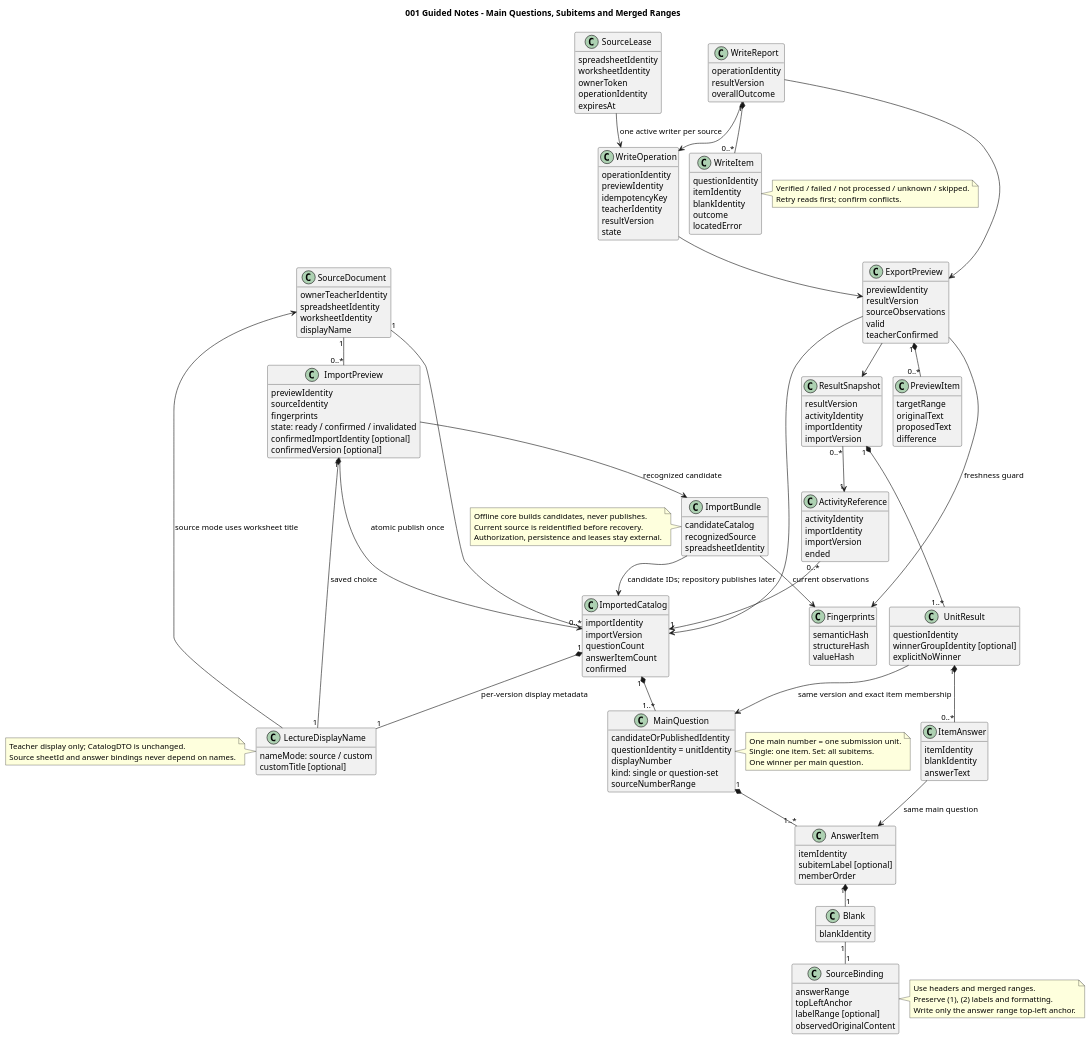
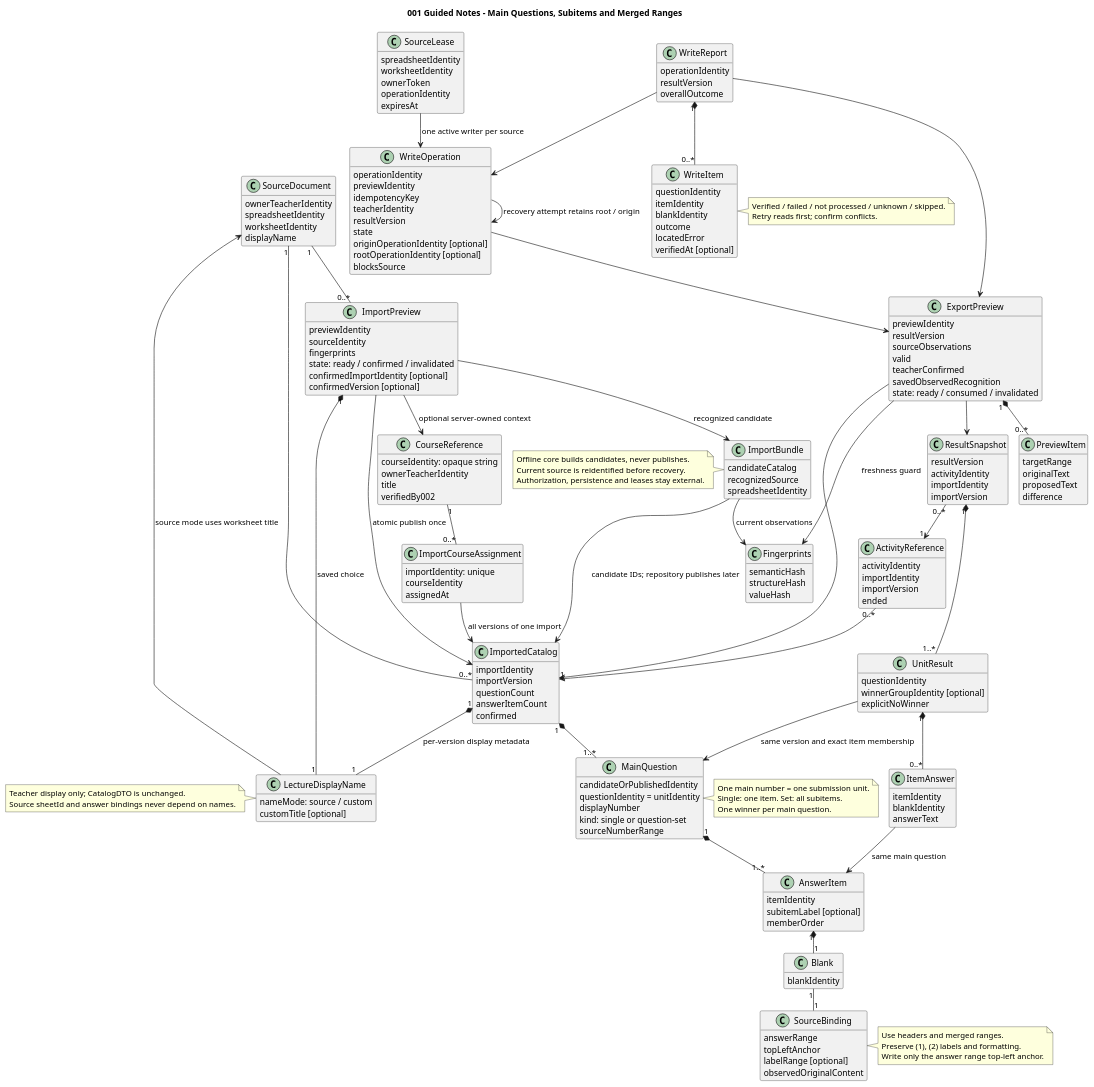
The diagram in diagrams/001-guided-notes-class.puml (Afra0704/se2026-group20-speckit), drawn with PlantUML before and after one commit. The commit also changed 43 other files, not shown here.

Commit message:
feat: add course lecture catalogs and durable verified writeback

```diff
--- a/diagrams/001-guided-notes-class.puml
+++ b/diagrams/001-guided-notes-class.puml
@@ -1,176 +1,197 @@
 @startuml
 !pragma layout smetana
 skinparam shadowing false
 skinparam defaultFontName SansSerif
 hide empty methods
 title 001 Guided Notes - Main Questions, Subitems and Merged Ranges
 class SourceDocument {
  ownerTeacherIdentity
  spreadsheetIdentity
  worksheetIdentity
  displayName
+}
+class CourseReference {
+ courseIdentity: opaque string
+ ownerTeacherIdentity
+ title
+ verifiedBy002
+}
+class ImportCourseAssignment {
+ importIdentity: unique
+ courseIdentity
+ assignedAt
 }
 class ImportedCatalog {
  importIdentity
  importVersion
  questionCount
  answerItemCount
  confirmed
 }
 class ImportPreview {
  previewIdentity
  sourceIdentity
  fingerprints
  state: ready / confirmed / invalidated
  confirmedImportIdentity [optional]
  confirmedVersion [optional]
 }
 class LectureDisplayName {
  nameMode: source / custom
  customTitle [optional]
 }
 class MainQuestion {
  candidateOrPublishedIdentity
  questionIdentity = unitIdentity
  displayNumber
  kind: single or question-set
  sourceNumberRange
 }
 class ImportBundle {
  candidateCatalog
  recognizedSource
  spreadsheetIdentity
 }
 class Fingerprints {
  semanticHash
  structureHash
  valueHash
 }
 class AnswerItem {
  itemIdentity
  subitemLabel [optional]
  memberOrder
 }
 class Blank {
  blankIdentity
 }
 class SourceBinding {
  answerRange
  topLeftAnchor
  labelRange [optional]
  observedOriginalContent
 }
 class ActivityReference {
  activityIdentity
  importIdentity
  importVersion
  ended
 }
 class ResultSnapshot {
  resultVersion
  activityIdentity
  importIdentity
  importVersion
 }
 class UnitResult {
  questionIdentity
  winnerGroupIdentity [optional]
  explicitNoWinner
 }
 class ItemAnswer {
  itemIdentity
  blankIdentity
  answerText
 }
 class ExportPreview {
  previewIdentity
  resultVersion
  sourceObservations
  valid
  teacherConfirmed
+ savedObservedRecognition
+ state: ready / consumed / invalidated
 }
 class PreviewItem {
  targetRange
  originalText
  proposedText
  difference
 }
 class WriteOperation {
  operationIdentity
  previewIdentity
  idempotencyKey
  teacherIdentity
  resultVersion
  state
+ originOperationIdentity [optional]
+ rootOperationIdentity [optional]
+ blocksSource
 }
 class SourceLease {
  spreadsheetIdentity
  worksheetIdentity
  ownerToken
  operationIdentity
  expiresAt
 }
 class WriteReport {
  operationIdentity
  resultVersion
  overallOutcome
 }
 class WriteItem {
  questionIdentity
  itemIdentity
  blankIdentity
  outcome
  locatedError
+ verifiedAt [optional]
 }
 SourceDocument "1" -- "0..*" ImportedCatalog
+CourseReference "1" -- "0..*" ImportCourseAssignment
+ImportCourseAssignment --> ImportedCatalog : all versions of one import
+ImportPreview --> CourseReference : optional server-owned context
 SourceDocument "1" -- "0..*" ImportPreview
 ImportPreview --> ImportBundle : recognized candidate
 ImportPreview --> ImportedCatalog : atomic publish once
 ImportPreview "1" *-- "1" LectureDisplayName : saved choice
 ImportedCatalog "1" *-- "1" LectureDisplayName : per-version display metadata
 LectureDisplayName --> SourceDocument : source mode uses worksheet title
 ImportBundle --> ImportedCatalog : candidate IDs; repository publishes later
 ImportBundle --> Fingerprints : current observations
 ExportPreview --> Fingerprints : freshness guard
 ImportedCatalog "1" *-- "1..*" MainQuestion
 MainQuestion "1" *-- "1..*" AnswerItem
 AnswerItem "1" *-- "1" Blank
 Blank "1" -- "1" SourceBinding
 ActivityReference "0..*" --> "1" ImportedCatalog
 ResultSnapshot "0..*" --> "1" ActivityReference
 ResultSnapshot "1" *-- "1..*" UnitResult
 UnitResult --> MainQuestion : same version and exact item membership
 UnitResult "1" *-- "0..*" ItemAnswer
 ItemAnswer --> AnswerItem : same main question
 ExportPreview --> ImportedCatalog
 ExportPreview --> ResultSnapshot
 ExportPreview "1" *-- "0..*" PreviewItem
 WriteOperation --> ExportPreview
 SourceLease --> WriteOperation : one active writer per source
+WriteOperation --> WriteOperation : recovery attempt retains root / origin
 WriteReport --> WriteOperation
 WriteReport --> ExportPreview
 WriteReport "1" *-- "0..*" WriteItem
 note right of MainQuestion
 One main number = one submission unit.
 Single: one item. Set: all subitems.
 One winner per main question.
 end note
 note right of SourceBinding
 Use headers and merged ranges.
 Preserve (1), (2) labels and formatting.
 Write only the answer range top-left anchor.
 end note
 note left of ImportBundle
 Offline core builds candidates, never publishes.
 Current source is reidentified before recovery.
 Authorization, persistence and leases stay external.
 end note
 note left of LectureDisplayName
 Teacher display only; CatalogDTO is unchanged.
 Source sheetId and answer bindings never depend on names.
 end note
 note right of WriteItem
 Verified / failed / not processed / unknown / skipped.
 Retry reads first; confirm conflicts.
 end note
 @enduml
```
